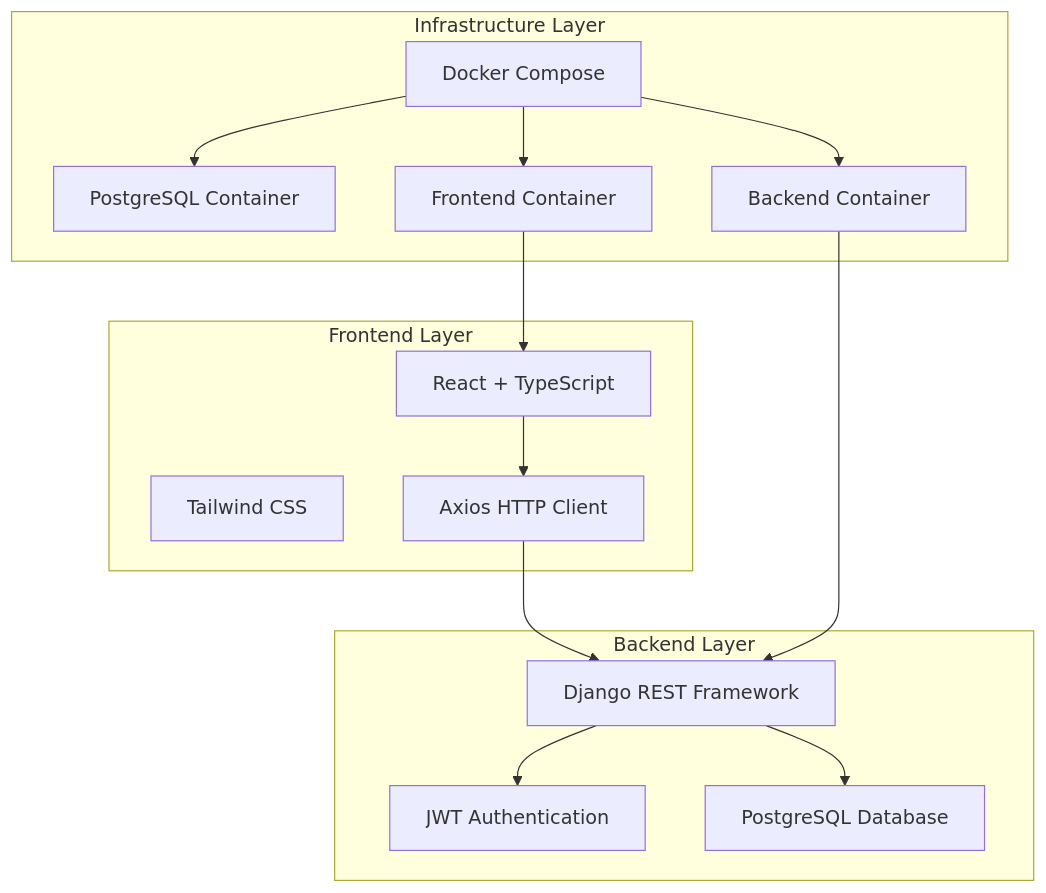
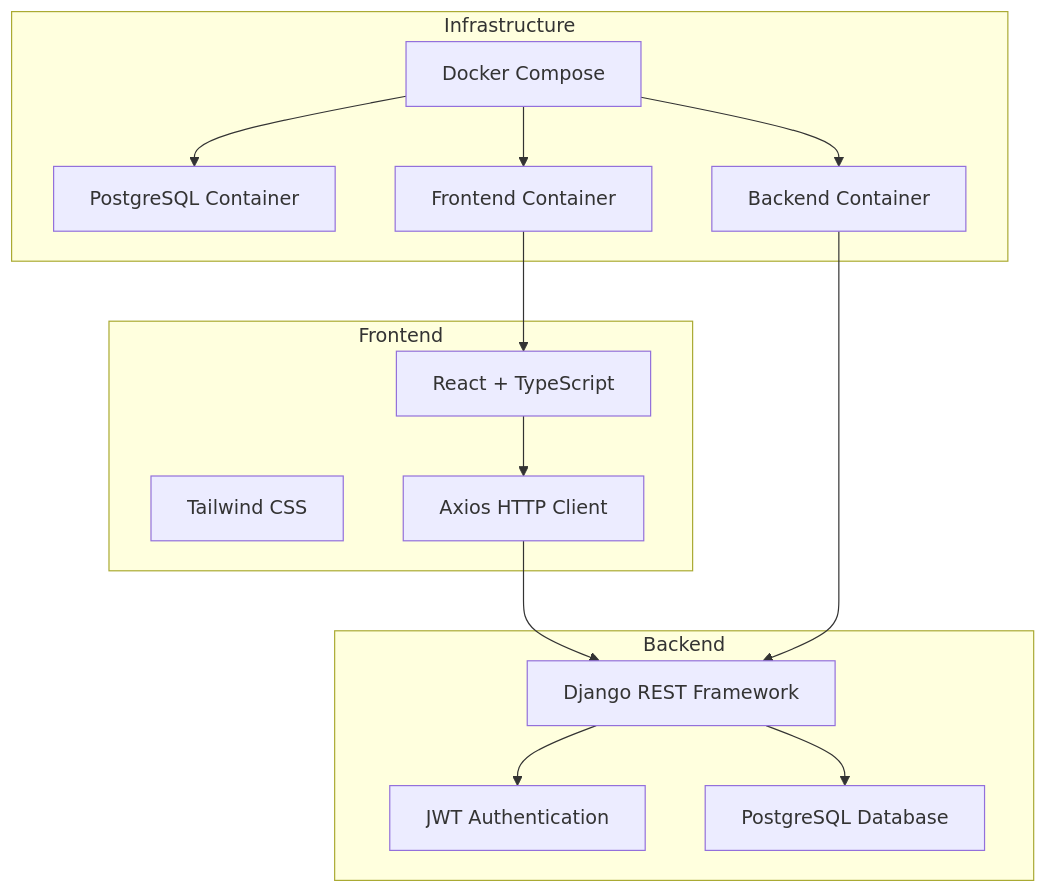
The first of 3 diagrams in README.md (Pdr9/teste-fullstack-hubbi), drawn with Mermaid before and after one commit. The commit also changed other lines of this file, not shown here.

Commit message:
fix: render mermaid

````diff
--- a/README.md
+++ b/README.md
@@ -12,31 +12,31 @@
 ```mermaid
 graph TB
-    subgraph Frontend["Frontend Layer"]
+    subgraph Frontend
         A[React + TypeScript]
         B[Tailwind CSS]
         C[Axios HTTP Client]
     end
     
-    subgraph Backend["Backend Layer"]
+    subgraph Backend
         D[Django REST Framework]
         E[JWT Authentication]
         F[PostgreSQL Database]
     end
     
-    subgraph Infrastructure["Infrastructure Layer"]
+    subgraph Infrastructure
         G[Docker Compose]
         H[PostgreSQL Container]
         I[Backend Container]
         J[Frontend Container]
     end
     
     A --> C
     C --> D
     D --> E
     D --> F
     G --> H
     G --> I
     G --> J
     I --> D
     J --> A
 ```
````
